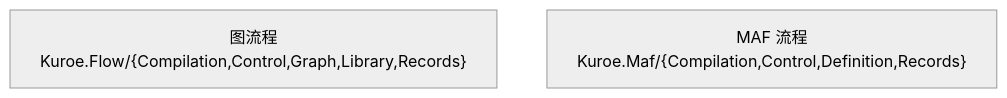
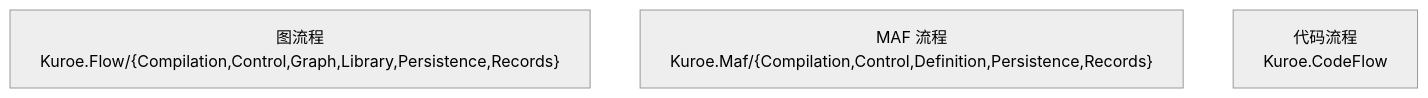
Before and after one commit to DrMelt/Kuroe: the diagram in docs/dev/architecture/functional_boundary/flow/index.md, drawn with Mermaid (neutral theme). The commit also changed other lines of this file and 17 other files, not shown here.

````diff
--- a/docs/dev/architecture/functional_boundary/flow/index.md
+++ b/docs/dev/architecture/functional_boundary/flow/index.md
@@ -5,5 +5,6 @@
 ```mermaid
 flowchart TD
-    Graph["图流程<br>Kuroe.Flow/{Compilation,Control,Graph,Library,Records}"]
-    Maf["MAF 流程<br>Kuroe.Maf/{Compilation,Control,Definition,Records}"]
+    Graph["图流程<br>Kuroe.Flow/{Compilation,Control,Graph,Library,Persistence,Records}"]
+    Maf["MAF 流程<br>Kuroe.Maf/{Compilation,Control,Definition,Persistence,Records}"]
+    Code["代码流程<br>Kuroe.CodeFlow"]
 ```
````
